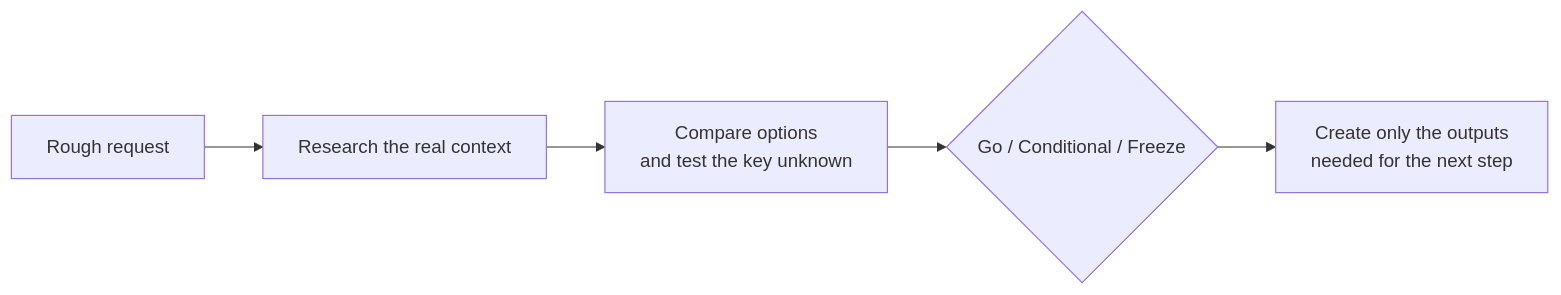
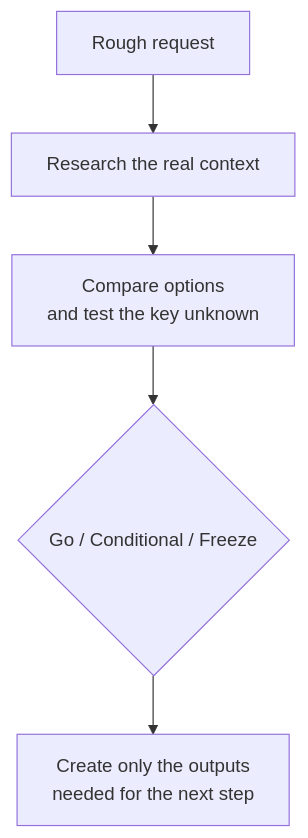
Before and after one commit to uginy/conceptops: the diagram in README.md, drawn with Mermaid.

Commit message:
docs: improve flow readability

````diff
--- a/README.md
+++ b/README.md
@@ -72,7 +72,7 @@
 ```mermaid
-flowchart LR
+flowchart TD
     A["Rough request"] --> B["Research the real context"]
     B --> C["Compare options<br/>and test the key unknown"]
     C --> D{"Go / Conditional / Freeze"}
     D --> E["Create only the outputs<br/>needed for the next step"]
 ```
````
